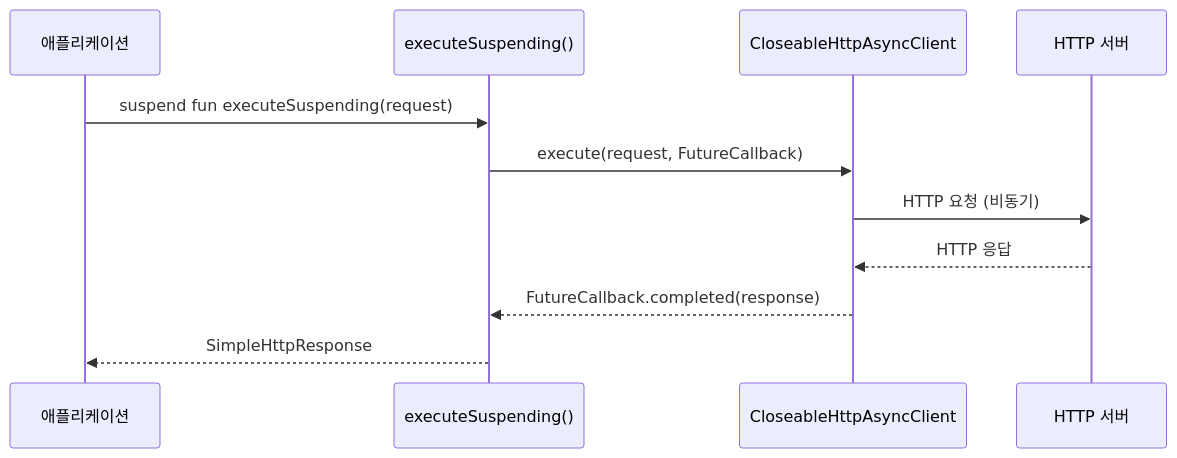
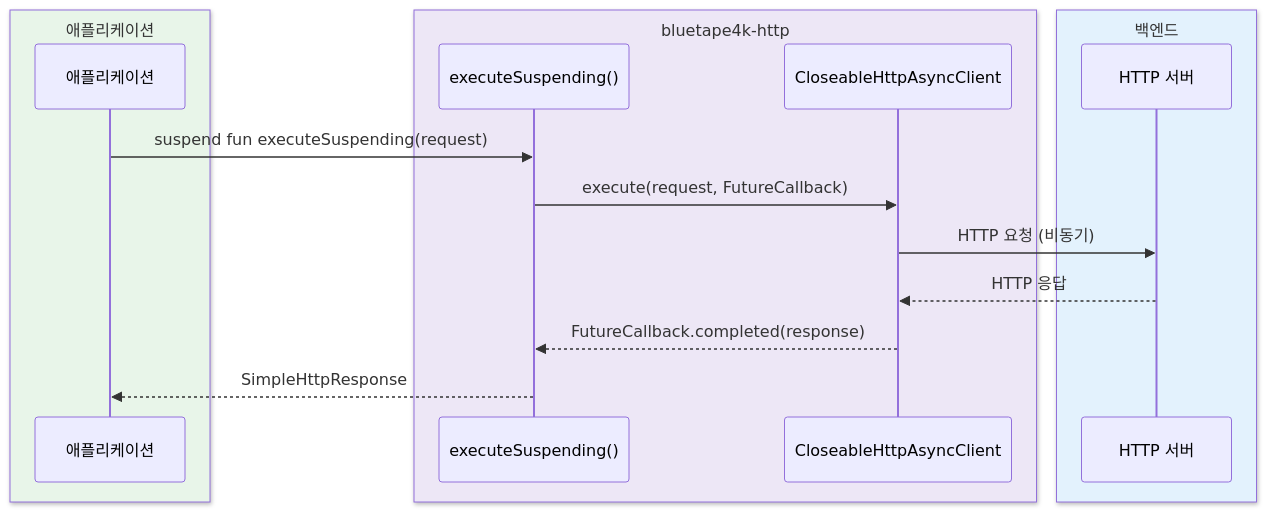
One commit to bluetape4k/bluetape4k-projects changed the fourth of 4 diagrams in io/http/README.ko.md. Above: the diagram before and after it, drawn with Mermaid. The commit also changed other lines of this file and 221 other files, not shown here.

First line of the commit message:
docs: 전체 모듈 README UML 다이어그램 보강 및 색상 업그레이드

````diff
--- a/io/http/README.ko.md
+++ b/io/http/README.ko.md
@@ -114,14 +138,20 @@
 ```mermaid
 sequenceDiagram
-    participant App as 애플리케이션
-    participant Ext as executeSuspending()
-    participant HC5 as CloseableHttpAsyncClient
-    participant Server as HTTP 서버
+    box rgb(232, 245, 233) 애플리케이션
+        participant App as 애플리케이션
+    end
+    box rgb(237, 231, 246) bluetape4k-http
+        participant Ext as executeSuspending()
+        participant HC5 as CloseableHttpAsyncClient
+    end
+    box rgb(227, 242, 253) 백엔드
+        participant Server as HTTP 서버
+    end
 
     App->>Ext: suspend fun executeSuspending(request)
     Ext->>HC5: execute(request, FutureCallback)
     HC5->>Server: HTTP 요청 (비동기)
     Server-->>HC5: HTTP 응답
     HC5-->>Ext: FutureCallback.completed(response)
     Ext-->>App: SimpleHttpResponse
 ```
````
